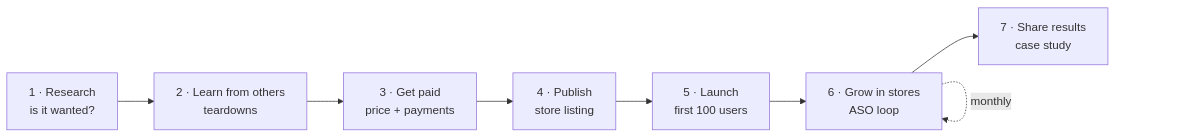
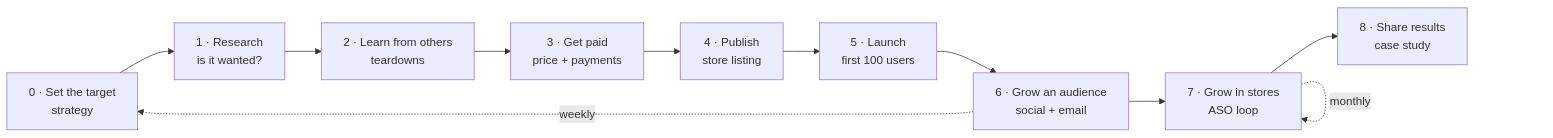
Before and after one commit to OneClickTool/product-growth-playbook: the first of 2 diagrams in playbooks/growth-map.md, drawn with Mermaid. The commit also changed other lines of this file and 25 other files, not shown here.

````diff
--- a/playbooks/growth-map.md
+++ b/playbooks/growth-map.md
@@ -19,10 +19,13 @@
 ```mermaid
 flowchart LR
-    A["1 · Research<br/>is it wanted?"] --> B["2 · Learn from others<br/>teardowns"]
+    Z["0 · Set the target<br/>strategy"] --> A["1 · Research<br/>is it wanted?"]
+    A --> B["2 · Learn from others<br/>teardowns"]
     B --> C["3 · Get paid<br/>price + payments"]
     C --> D["4 · Publish<br/>store listing"]
     D --> E["5 · Launch<br/>first 100 users"]
-    E --> F["6 · Grow in stores<br/>ASO loop"]
-    F --> G["7 · Share results<br/>case study"]
+    E --> H["6 · Grow an audience<br/>social + email"]
+    H --> F["7 · Grow in stores<br/>ASO loop"]
+    F --> G["8 · Share results<br/>case study"]
     F -. monthly .-> F
+    H -. weekly .-> Z
 ```
````
